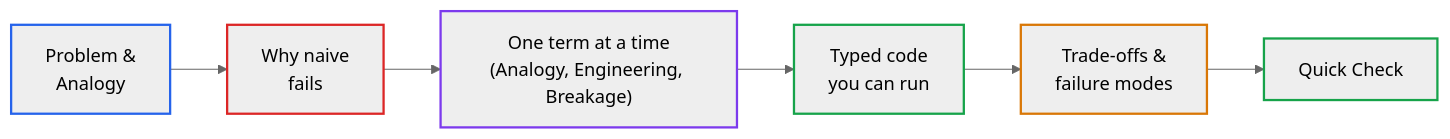
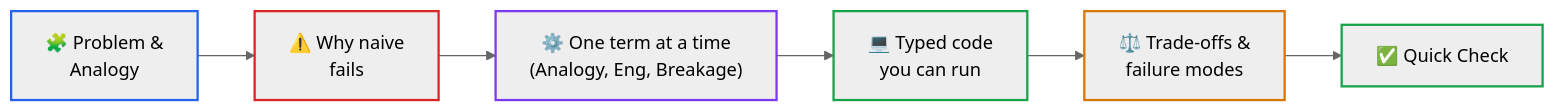
The diagram in .agents/skills/ai-curriculum-refactoring/SKILL.md (dip4k/senior-engineer-to-ai-engineer-roadmap), drawn with Mermaid (neutral theme) before and after one commit. The commit also changed other lines of this file and 39 other files, not shown here.

First line of the commit message:
feat(curriculum): upgrade mermaid diagrams with unicode icons & codify anti-bloat layout rules

````diff
--- a/.agents/skills/ai-curriculum-refactoring/SKILL.md
+++ b/.agents/skills/ai-curriculum-refactoring/SKILL.md
@@ -96,15 +96,15 @@
 ```mermaid
 flowchart LR
-    Prob["Problem &<br>Analogy"] --> Naive["Why naive<br>fails"]
-    Naive --> Mech["One term at a time<br>(Analogy, Engineering, Breakage)"]
-    Mech --> Code["Typed code<br>you can run"]
-    Code --> Trade["Trade-offs &<br>failure modes"]
-    Trade --> Check["Quick Check"]
+    Prob["🧩 Problem &<br>Analogy"] --> Naive["⚠️ Why naive<br>fails"]
+    Naive --> Mech["⚙️ One term at a time<br>(Analogy, Eng, Breakage)"]
+    Mech --> Code["💻 Typed code<br>you can run"]
+    Code --> Trade["⚖️ Trade-offs &<br>failure modes"]
+    Trade --> Check["✅ Quick Check"]
 
     style Prob stroke:#2563eb,stroke-width:2px
     style Naive stroke:#dc2626,stroke-width:2px
     style Mech stroke:#7c3aed,stroke-width:2px
     style Code stroke:#16a34a,stroke-width:2px
     style Trade stroke:#d97706,stroke-width:2px
     style Check stroke:#16a34a,stroke-width:2px
 ```
````
